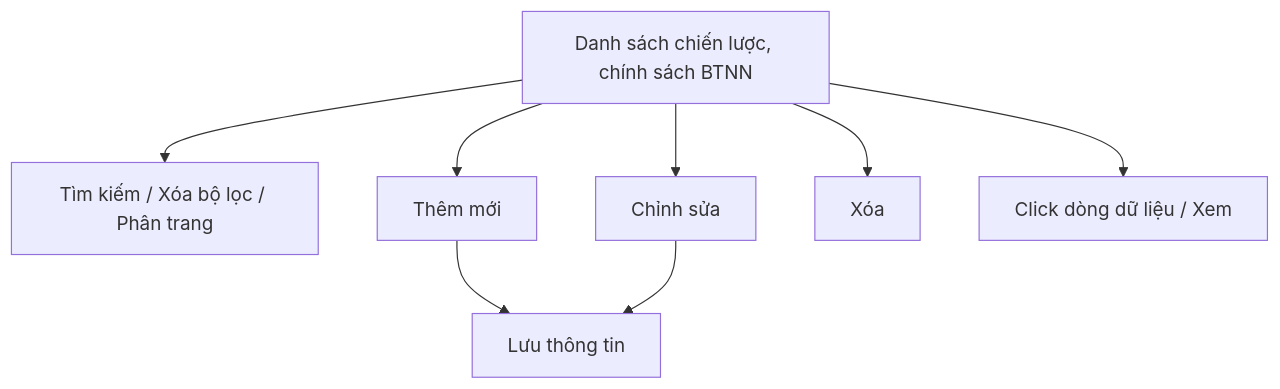
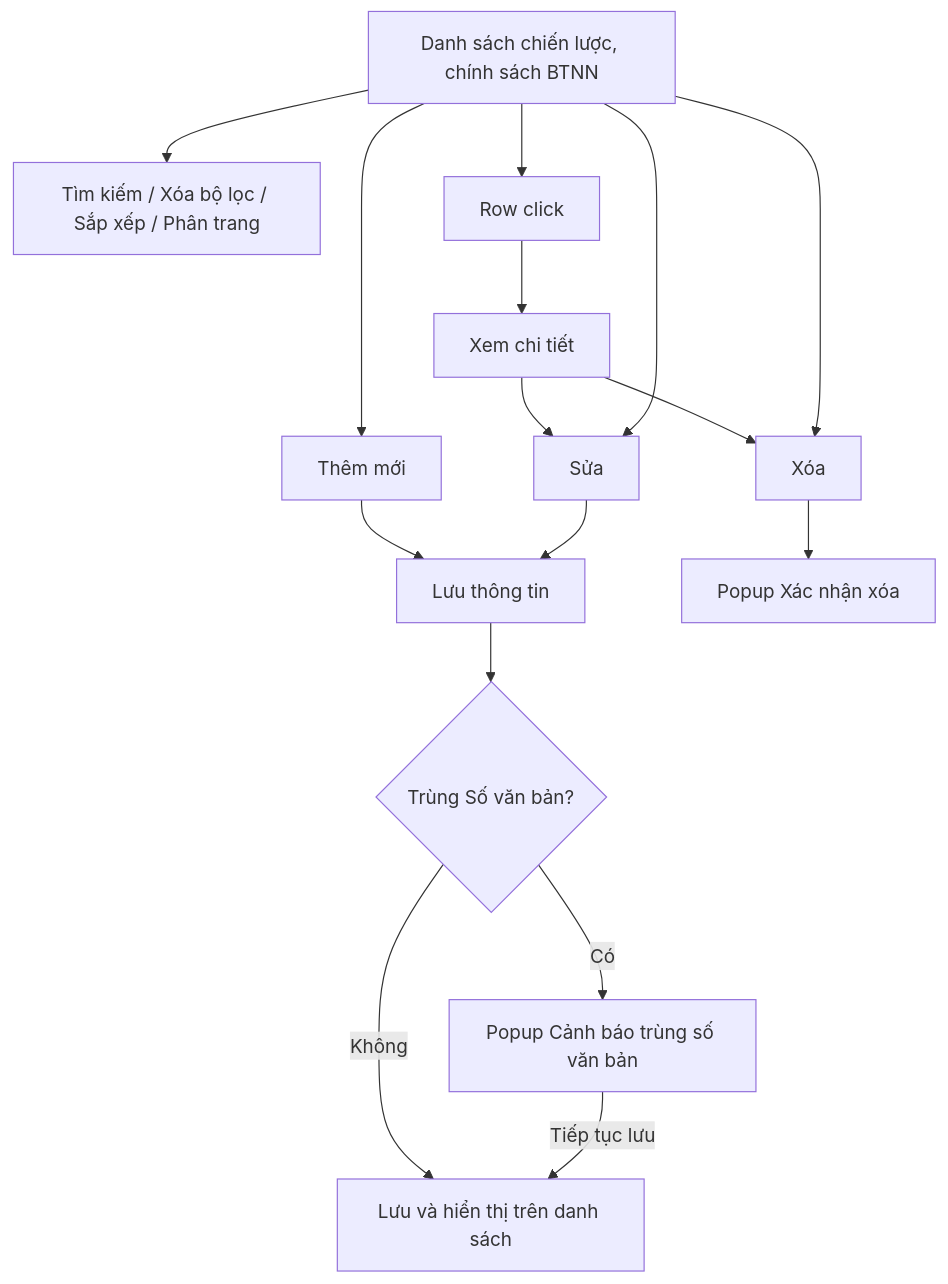
Before and after one commit to huyendt2007/BPBD_UI: the diagram in Tai lieu phan tich/03_Website_Quan_tri/03_Cong_tac_boi_thuong/SRS_BTNN_BTP_ChienLuoc_ChinhSach.md, drawn with Mermaid. The commit also changed other lines of this file and 135 other files, not shown here.

````diff
--- a/Tai lieu phan tich/03_Website_Quan_tri/03_Cong_tac_boi_thuong/SRS_BTNN_BTP_ChienLuoc_ChinhSach.md
+++ b/Tai lieu phan tich/03_Website_Quan_tri/03_Cong_tac_boi_thuong/SRS_BTNN_BTP_ChienLuoc_ChinhSach.md
@@ -25,10 +25,14 @@
 ```mermaid
 flowchart TD
-    A[Danh sách chiến lược, chính sách BTNN] --> B[Tìm kiếm / Xóa bộ lọc / Phân trang]
-    A --> C[Thêm mới]
-    C --> D[Lưu thông tin]
-    A --> E[Chỉnh sửa]
-    E --> D
-    A --> F[Xóa]
-    A --> G[Click dòng dữ liệu / Xem]
+    A[Danh sách chiến lược, chính sách BTNN] --> B[Tìm kiếm / Xóa bộ lọc / Sắp xếp / Phân trang]
+    A --> G[Row click] --> K[Xem chi tiết]
+    K --> E
+    K --> F
+    A --> C[Thêm mới] --> D[Lưu thông tin]
+    A --> E[Sửa] --> D
+    D --> W{Trùng Số văn bản?}
+    W -->|Có| P[Popup Cảnh báo trùng số văn bản]
+    W -->|Không| S[Lưu và hiển thị trên danh sách]
+    P -->|Tiếp tục lưu| S
+    A --> F[Xóa] --> X[Popup Xác nhận xóa]
 ```
````
